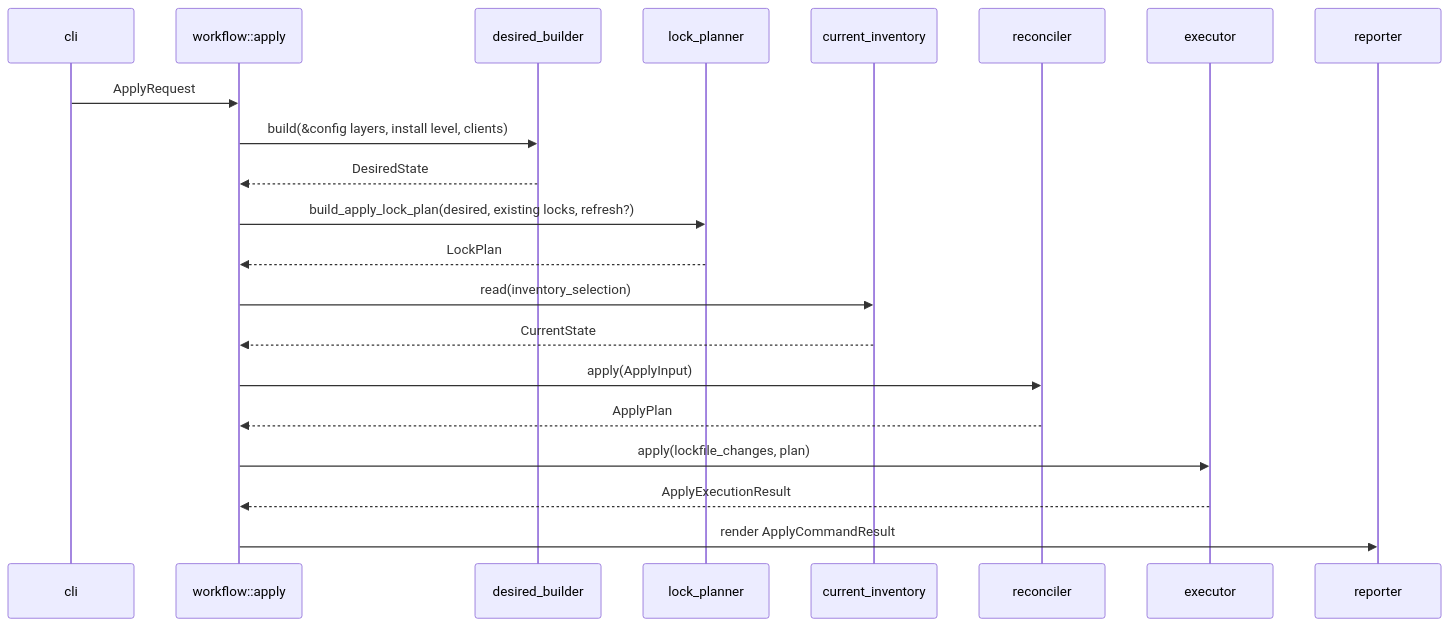
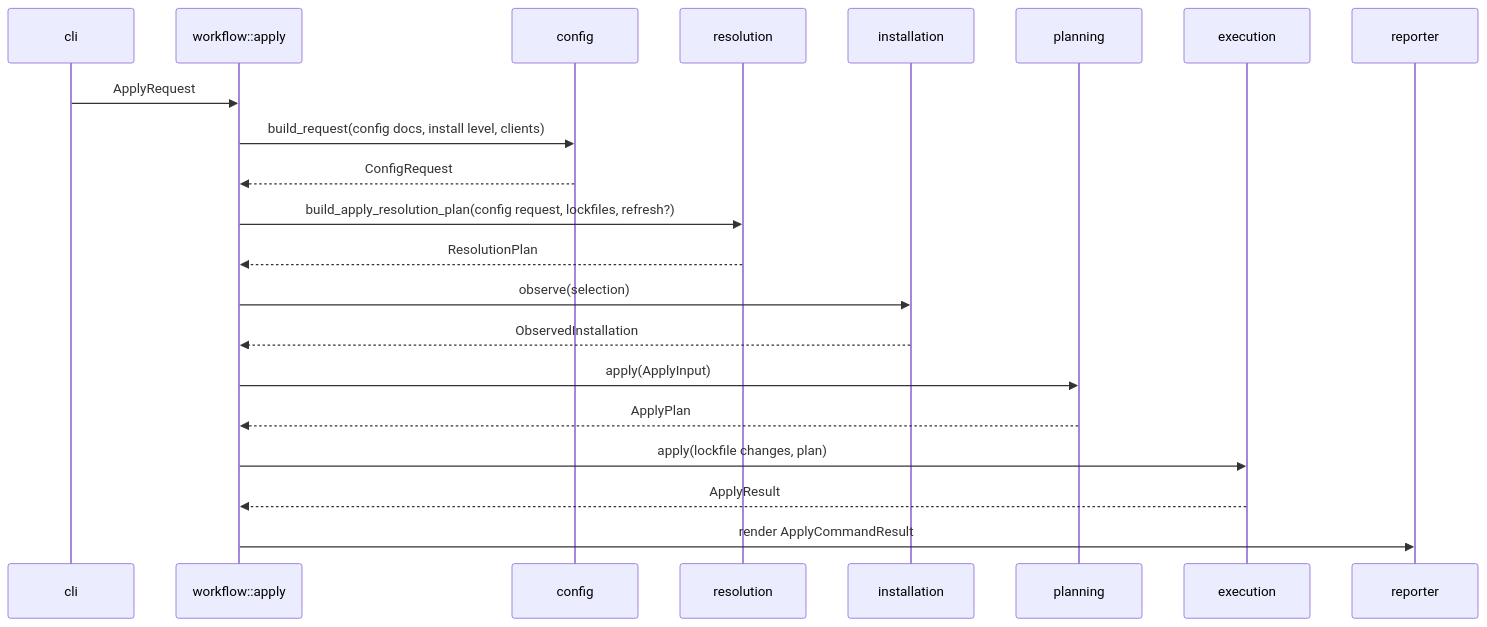
One commit to big-sw-little-sw/agentcfg changed the sixth of 6 diagrams in docs/design-v1.md. Above: the diagram before and after it, drawn with Mermaid. The commit also changed other lines of this file and 53 other files, not shown here.

````diff
--- a/docs/design-v1.md
+++ b/docs/design-v1.md
@@ -565,24 +754,24 @@
 ```mermaid
 sequenceDiagram
     participant CLI as cli
     participant UseCase as workflow::apply
-    participant Desired as desired_builder
-    participant Lock as lock_planner
-    participant Inventory as current_inventory
-    participant Reconciler as reconciler
-    participant Executor as executor
+    participant Config as config
+    participant Resolution as resolution
+    participant Installation as installation
+    participant Planning as planning
+    participant Execution as execution
     participant Reporter as reporter
 
     CLI->>UseCase: ApplyRequest
-    UseCase->>Desired: build(&config layers, install level, clients)
-    Desired-->>UseCase: DesiredState
-    UseCase->>Lock: build_apply_lock_plan(desired, existing locks, refresh?)
-    Lock-->>UseCase: LockPlan
-    UseCase->>Inventory: read(inventory_selection)
-    Inventory-->>UseCase: CurrentState
-    UseCase->>Reconciler: apply(ApplyInput)
-    Reconciler-->>UseCase: ApplyPlan
-    UseCase->>Executor: apply(lockfile_changes, plan)
-    Executor-->>UseCase: ApplyExecutionResult
+    UseCase->>Config: build_request(config docs, install level, clients)
+    Config-->>UseCase: ConfigRequest
+    UseCase->>Resolution: build_apply_resolution_plan(config request, lockfiles, refresh?)
+    Resolution-->>UseCase: ResolutionPlan
+    UseCase->>Installation: observe(selection)
+    Installation-->>UseCase: ObservedInstallation
+    UseCase->>Planning: apply(ApplyInput)
+    Planning-->>UseCase: ApplyPlan
+    UseCase->>Execution: apply(lockfile changes, plan)
+    Execution-->>UseCase: ApplyResult
     UseCase->>Reporter: render ApplyCommandResult
 ```
````
